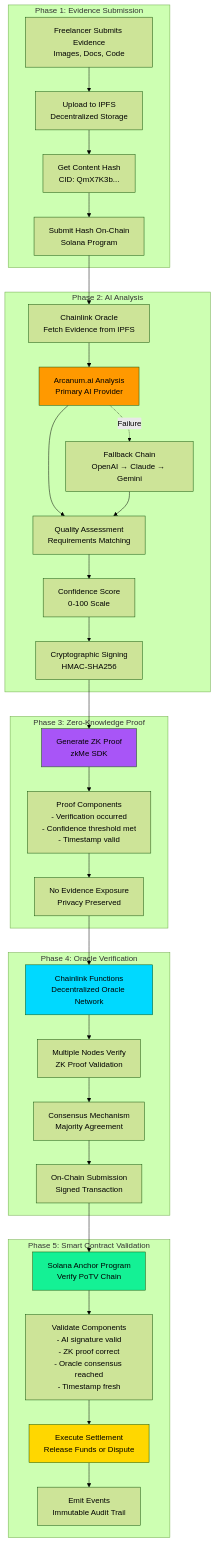
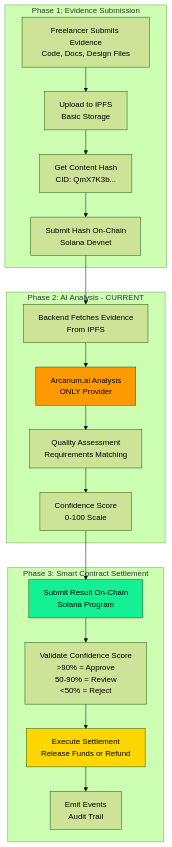
The seventh of 10 diagrams in diagrams/architecture-diagrams.md (De-real-iManuel/aetherlock-docs), drawn with Mermaid (forest theme) before and after one commit. The commit also changed other lines of this file and 144 other files, not shown here.

````diff
--- a/diagrams/architecture-diagrams.md
+++ b/diagrams/architecture-diagrams.md
@@ -271,70 +480,41 @@
 ```mermaid
 flowchart TB
     subgraph "Phase 1: Evidence Submission"
-        A[Freelancer Submits Evidence<br/>Images, Docs, Code]
-        B[Upload to IPFS<br/>Decentralized Storage]
+        A[Freelancer Submits Evidence<br/>Code, Docs, Design Files]
+        B[Upload to IPFS<br/>Basic Storage]
         C[Get Content Hash<br/>CID: QmX7K3b...]
-        D[Submit Hash On-Chain<br/>Solana Program]
+        D[Submit Hash On-Chain<br/>Solana Devnet]
     end
     
-    subgraph "Phase 2: AI Analysis"
-        E[Chainlink Oracle<br/>Fetch Evidence from IPFS]
-        F[Arcanum.ai Analysis<br/>Primary AI Provider]
-        G[Fallback Chain<br/>OpenAI → Claude → Gemini]
-        H[Quality Assessment<br/>Requirements Matching]
-        I[Confidence Score<br/>0-100 Scale]
-        J[Cryptographic Signing<br/>HMAC-SHA256]
+    subgraph "Phase 2: AI Analysis - CURRENT"
+        E[Backend Fetches Evidence<br/>From IPFS]
+        F[Arcanum.ai Analysis<br/>ONLY Provider]
+        G[Quality Assessment<br/>Requirements Matching]
+        H[Confidence Score<br/>0-100 Scale]
     end
     
-    subgraph "Phase 3: Zero-Knowledge Proof"
-        K[Generate ZK Proof<br/>zkMe SDK]
-        L[Proof Components<br/>- Verification occurred<br/>- Confidence threshold met<br/>- Timestamp valid]
-        M[No Evidence Exposure<br/>Privacy Preserved]
-    end
-    
-    subgraph "Phase 4: Oracle Verification"
-        N[Chainlink Functions<br/>Decentralized Oracle Network]
-        O[Multiple Nodes Verify<br/>ZK Proof Validation]
-        P[Consensus Mechanism<br/>Majority Agreement]
-        Q[On-Chain Submission<br/>Signed Transaction]
-    end
-    
-    subgraph "Phase 5: Smart Contract Validation"
-        R[Solana Anchor Program<br/>Verify PoTV Chain]
-        S[Validate Components<br/>- AI signature valid<br/>- ZK proof correct<br/>- Oracle consensus reached<br/>- Timestamp fresh]
-        T[Execute Settlement<br/>Release Funds or Dispute]
-        U[Emit Events<br/>Immutable Audit Trail]
+    subgraph "Phase 3: Smart Contract Settlement"
+        I[Submit Result On-Chain<br/>Solana Program]
+        J[Validate Confidence Score<br/>>90% = Approve<br/>50-90% = Review<br/><50% = Reject]
+        K[Execute Settlement<br/>Release Funds or Refund]
+        L[Emit Events<br/>Audit Trail]
     end
     
     A --> B
     B --> C
     C --> D
     D --> E
     
     E --> F
-    F --> H
-    F -.->|Failure| G
+    F --> G
     G --> H
+    
     H --> I
     I --> J
-    
     J --> K
     K --> L
-    L --> M
-    
-    M --> N
-    N --> O
-    O --> P
-    P --> Q
-    
-    Q --> R
-    R --> S
-    S --> T
-    T --> U
     
     style F fill:#FF9900
-    style K fill:#A855F7
-    style N fill:#00D9FF
-    style R fill:#14F195
-    style T fill:#FFD700
+    style I fill:#14F195
+    style K fill:#FFD700
 ```
````
